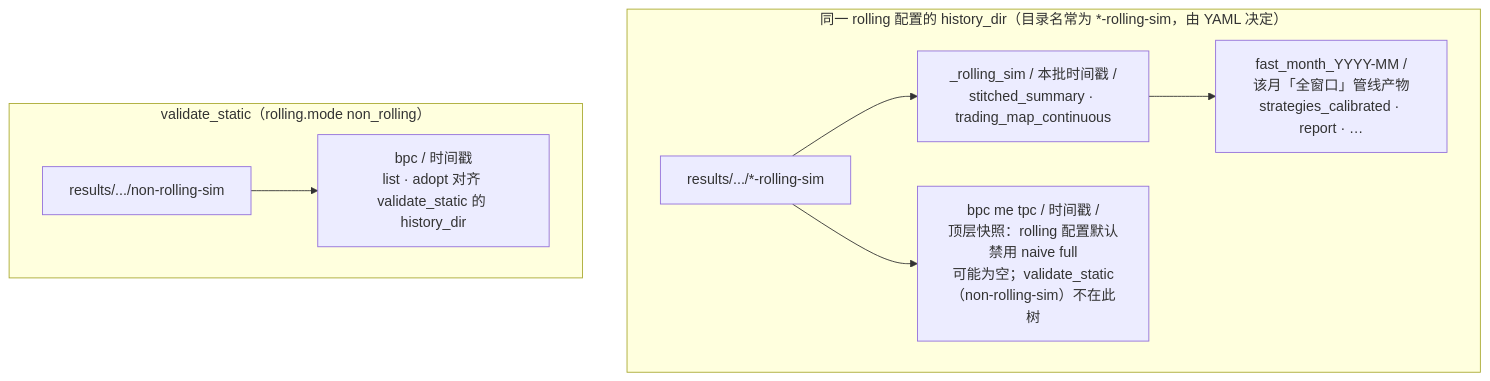
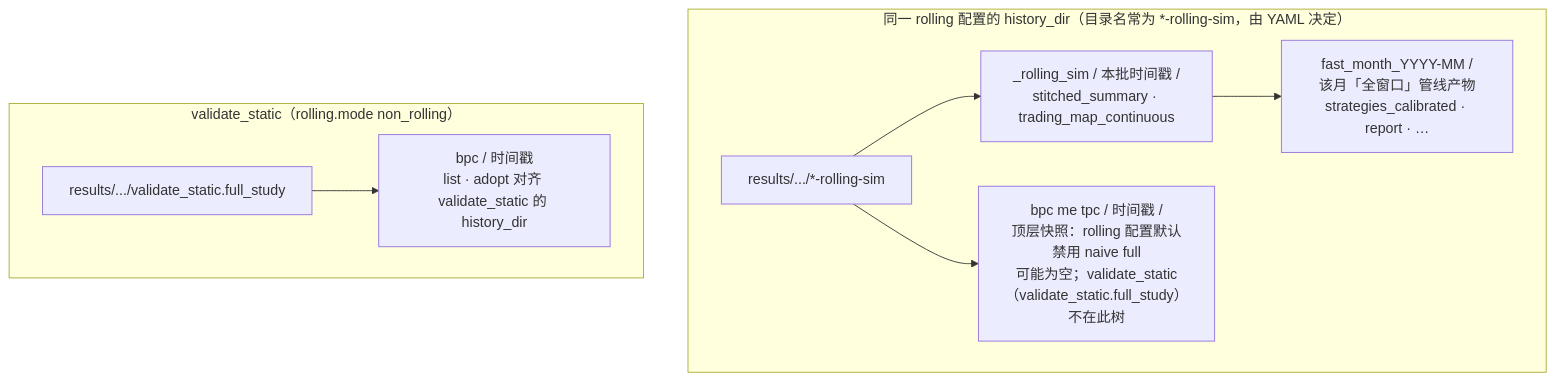
The third of 4 diagrams in README_CN.md (SnYang096/ml-trading-bot), drawn with Mermaid before and after one commit. The commit also changed other lines of this file and 118 other files, not shown here.

````diff
--- a/README_CN.md
+++ b/README_CN.md
@@ -423,14 +423,14 @@
 ```mermaid
 flowchart TB
   subgraph turbo_slow["同一 rolling 配置的 history_dir（目录名常为 *-rolling-sim，由 YAML 决定）"]
     H1["results/.../*-rolling-sim"]
     H1 --> RS["_rolling_sim / 本批时间戳 /\nstitched_summary · trading_map_continuous"]
     RS --> FM["fast_month_YYYY-MM /\n该月「全窗口」管线产物\nstrategies_calibrated · report · …"]
-    H1 --> LEG["bpc me tpc / 时间戳 /\n顶层快照：rolling 配置默认禁用 naive full\n可能为空；validate_static（non-rolling-sim）不在此树"]
+    H1 --> LEG["bpc me tpc / 时间戳 /\n顶层快照：rolling 配置默认禁用 naive full\n可能为空；validate_static（validate_static.full_study）不在此树"]
   end
 
   subgraph nr["validate_static（rolling.mode non_rolling）"]
-    H2["results/.../non-rolling-sim"]
+    H2["results/.../validate_static.full_study"]
     H2 --> BPC["bpc / 时间戳\nlist · adopt 对齐 validate_static 的 history_dir"]
   end
 ```
````
